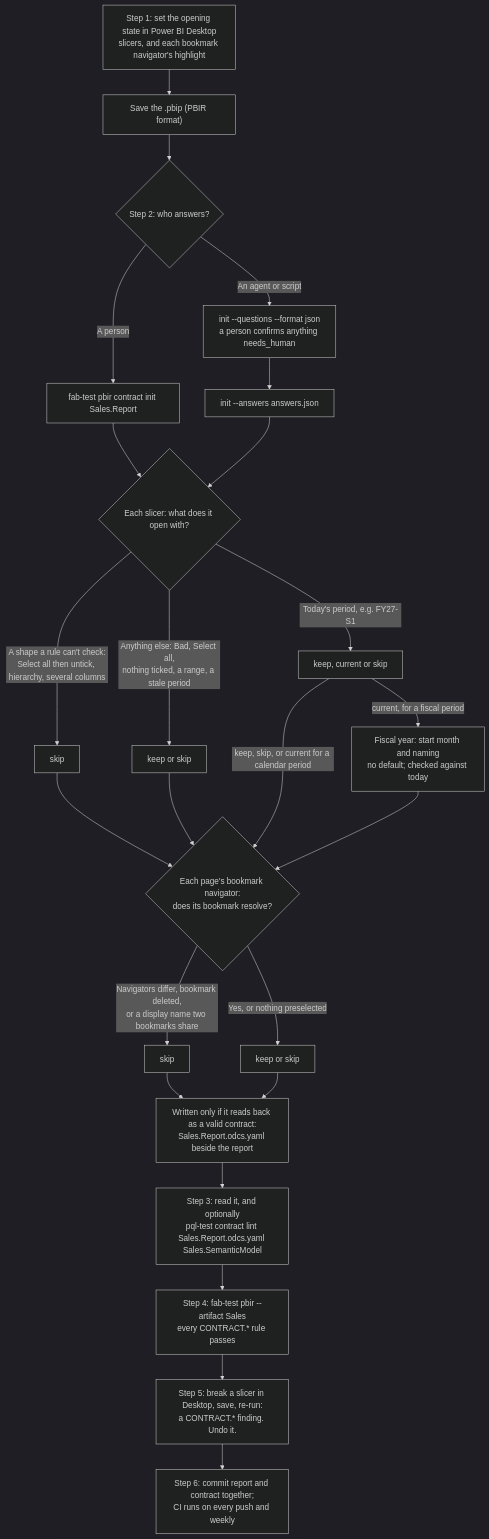
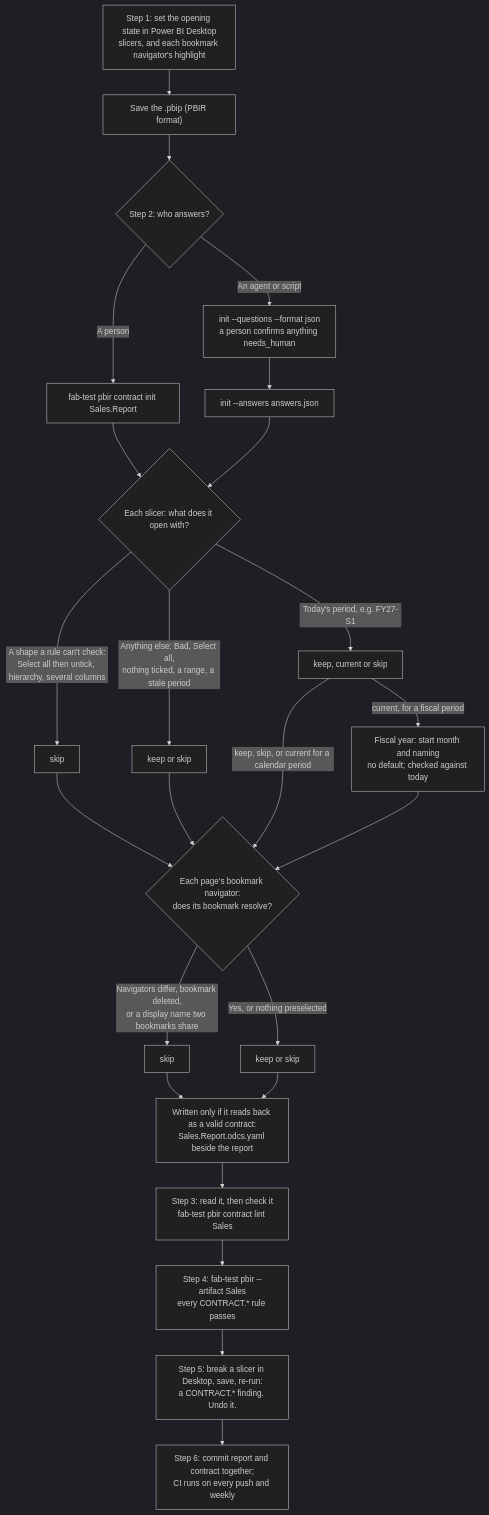
One commit to clientfirsttech/fab-test changed the diagram in docs/SLICER-CONTRACTS-WALKTHROUGH.md. Above: the diagram before and after it, drawn with Mermaid (dark theme). The commit also changed other lines of this file and 27 other files, not shown here.

First line of the commit message:
feat(pbir): fab-test pbir contract lint, and version 1.10.0b5

````diff
--- a/docs/SLICER-CONTRACTS-WALKTHROUGH.md
+++ b/docs/SLICER-CONTRACTS-WALKTHROUGH.md
@@ -12,30 +12,30 @@
 ```mermaid
 flowchart TD
     A["Step 1: set the opening state in Power BI Desktop<br/>slicers, and each bookmark navigator's highlight"] --> B["Save the .pbip (PBIR format)"]
     B --> C{"Step 2: who answers?"}
 
     C -->|"A person"| D["fab-test pbir contract init Sales.Report"]
     C -->|"An agent or script"| E["init --questions --format json<br/>a person confirms anything needs_human"]
     E --> F["init --answers answers.json"]
 
     D --> G{"Each slicer: what does it open with?"}
     F --> G
     G -->|"A shape a rule can't check:<br/>Select all then untick, hierarchy, several columns"| H["skip"]
     G -->|"Today's period, e.g. FY27-S1"| J["keep, current or skip"]
     G -->|"Anything else: Bad, Select all,<br/>nothing ticked, a range, a stale period"| I["keep or skip"]
     J -->|"current, for a fiscal period"| K["Fiscal year: start month and naming<br/>no default; checked against today"]
 
     H --> L{"Each page's bookmark navigator:<br/>does its bookmark resolve?"}
     I --> L
     J -->|"keep, skip, or current for a calendar period"| L
     K --> L
     L -->|"Navigators differ, bookmark deleted,<br/>or a display name two bookmarks share"| M["skip"]
     L -->|"Yes, or nothing preselected"| N["keep or skip"]
 
     M --> O["Written only if it reads back as a valid contract:<br/>Sales.Report.odcs.yaml beside the report"]
     N --> O
-    O --> P["Step 3: read it, and optionally<br/>pql-test contract lint Sales.Report.odcs.yaml Sales.SemanticModel"]
+    O --> P["Step 3: read it, then check it<br/>fab-test pbir contract lint Sales"]
     P --> Q["Step 4: fab-test pbir --artifact Sales<br/>every CONTRACT.* rule passes"]
     Q --> R["Step 5: break a slicer in Desktop, save, re-run:<br/>a CONTRACT.* finding. Undo it."]
     R --> S["Step 6: commit report and contract together;<br/>CI runs on every push and weekly"]
 ```
````
